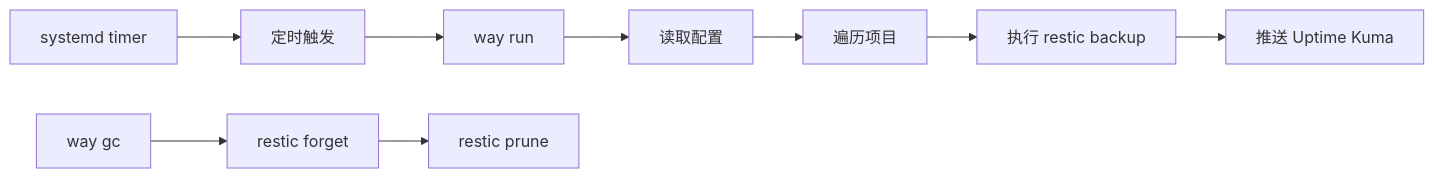
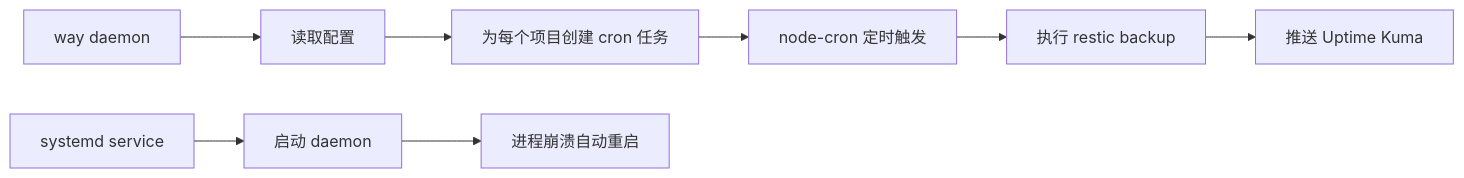
One commit to shellus/way changed the diagram in README.md. Above: the diagram before and after it, drawn with Mermaid. The commit also changed other lines of this file and 12 other files, not shown here.

````diff
--- a/README.md
+++ b/README.md
@@ -144,13 +151,11 @@
 ```mermaid
 graph LR
-    A[way run] --> B[读取配置]
-    B --> C[遍历项目]
-    C --> D[执行 restic backup]
-    D --> E[推送 Uptime Kuma]
+    A[way daemon] --> B[读取配置]
+    B --> C[为每个项目创建 cron 任务]
+    C --> D[node-cron 定时触发]
+    D --> E[执行 restic backup]
+    E --> F[推送 Uptime Kuma]
 
-    F[systemd timer] --> G[定时触发]
-    G --> A
-
-    H[way gc] --> I[restic forget]
-    I --> J[restic prune]
+    G[systemd service] --> H[启动 daemon]
+    H --> I[进程崩溃自动重启]
 ```
````
